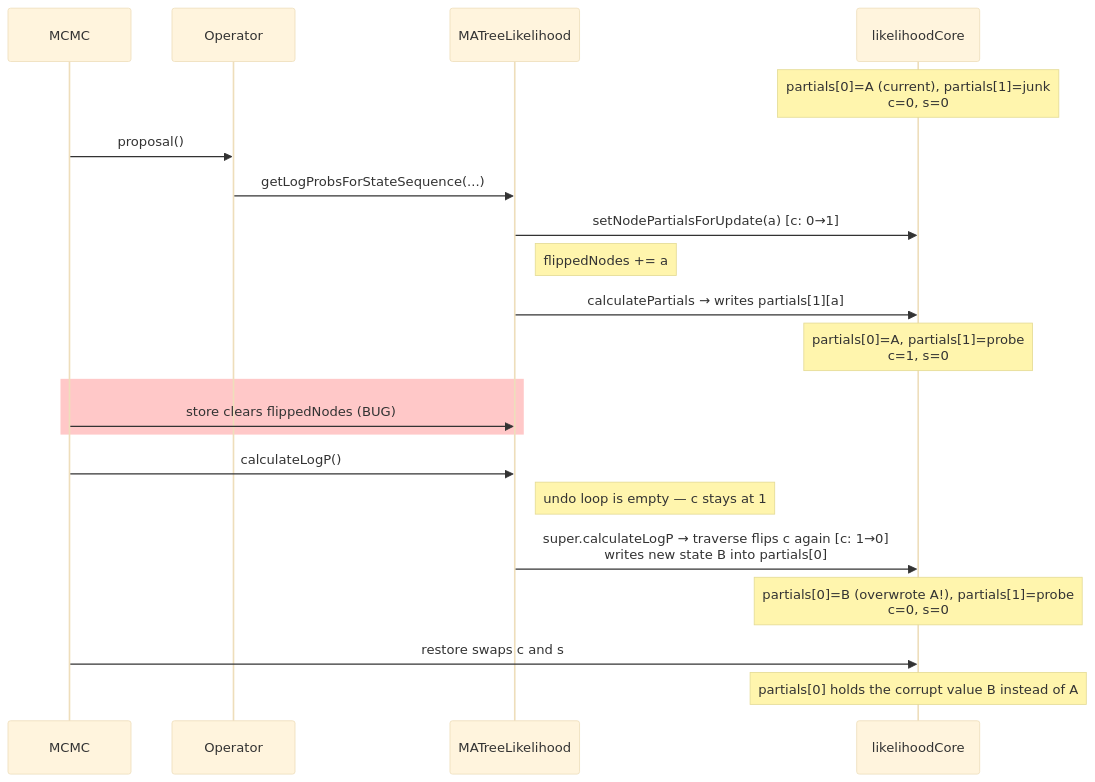
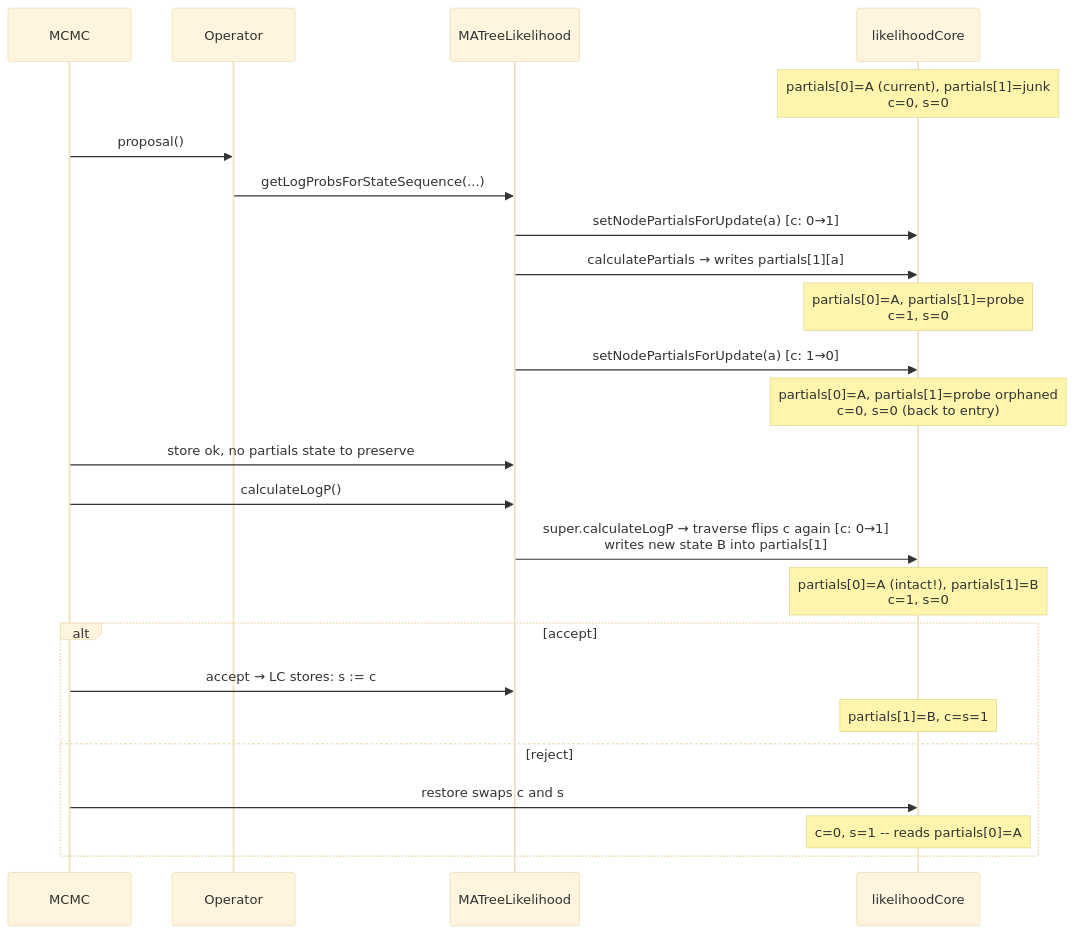
Before and after one commit to alexeid/MutableAlignment: the first of 2 diagrams in docs/probe-store-restore.md, drawn with Mermaid (base theme). The commit also changed other lines of this file, not shown here.

````diff
--- a/docs/probe-store-restore.md
+++ b/docs/probe-store-restore.md
@@ -56,30 +60,31 @@
 ```mermaid
 sequenceDiagram
     participant MCMC
     participant Op as Operator
     participant MA as MATreeLikelihood
     participant LC as likelihoodCore
 
     Note over LC: partials[0]=A (current), partials[1]=junk<br/>c=0, s=0
 
     MCMC->>Op: proposal()
     Op->>MA: getLogProbsForStateSequence(...)
     MA->>LC: setNodePartialsForUpdate(a) [c: 0→1]
-    Note right of MA: flippedNodes += a
     MA->>LC: calculatePartials → writes partials[1][a]
+    Note over LC: partials[0]=A, partials[1]=probe<br/>c=1, s=0
+    MA->>LC: setNodePartialsForUpdate(a) [c: 1→0]
+    Note over LC: partials[0]=A, partials[1]=probe orphaned<br/>c=0, s=0 (back to entry)
 
-    Note over LC: partials[0]=A, partials[1]=probe<br/>c=1, s=0
-
-    rect rgb(255, 200, 200)
-    MCMC->>MA: store clears flippedNodes (BUG)
-    end
+    MCMC->>MA: store ok, no partials state to preserve
 
     MCMC->>MA: calculateLogP()
-    Note right of MA: undo loop is empty — c stays at 1
-    MA->>LC: super.calculateLogP → traverse flips c again [c: 1→0]<br/>writes new state B into partials[0]
+    MA->>LC: super.calculateLogP → traverse flips c again [c: 0→1]<br/>writes new state B into partials[1]
+    Note over LC: partials[0]=A (intact!), partials[1]=B<br/>c=1, s=0
 
-    Note over LC: partials[0]=B (overwrote A!), partials[1]=probe<br/>c=0, s=0
-
-    MCMC->>LC: restore swaps c and s
-    Note over LC: partials[0] holds the corrupt value B instead of A
+    alt accept
+        MCMC->>MA: accept → LC stores: s := c
+        Note over LC: partials[1]=B, c=s=1
+    else reject
+        MCMC->>LC: restore swaps c and s
+        Note over LC: c=0, s=1 -- reads partials[0]=A
+    end
 ```
````
